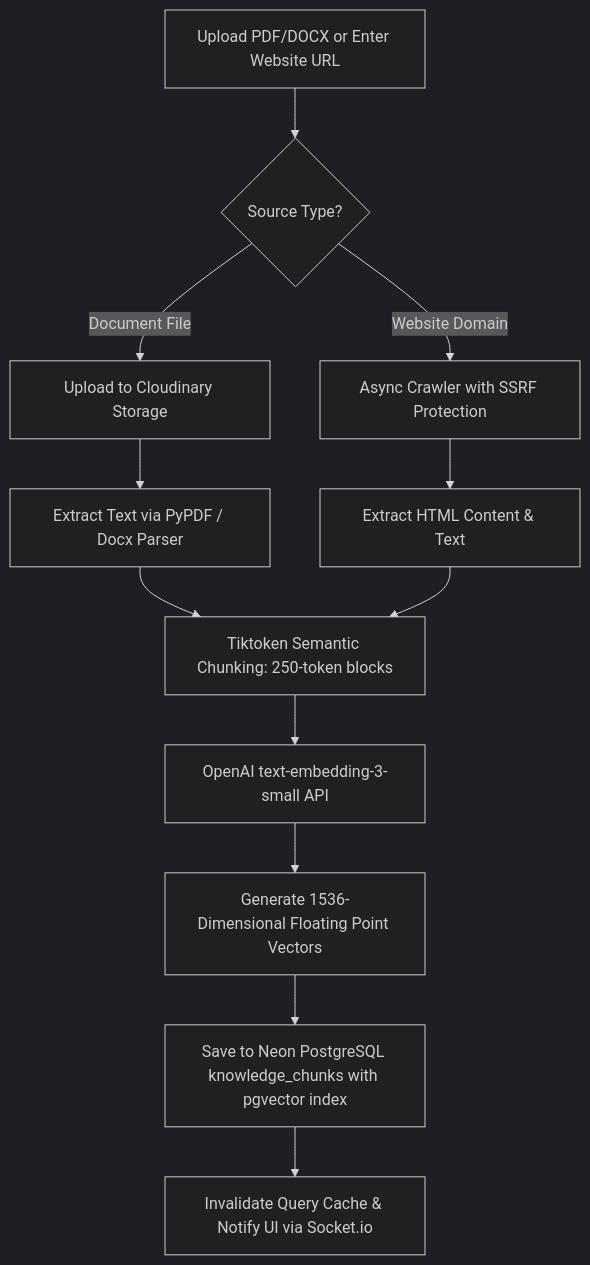
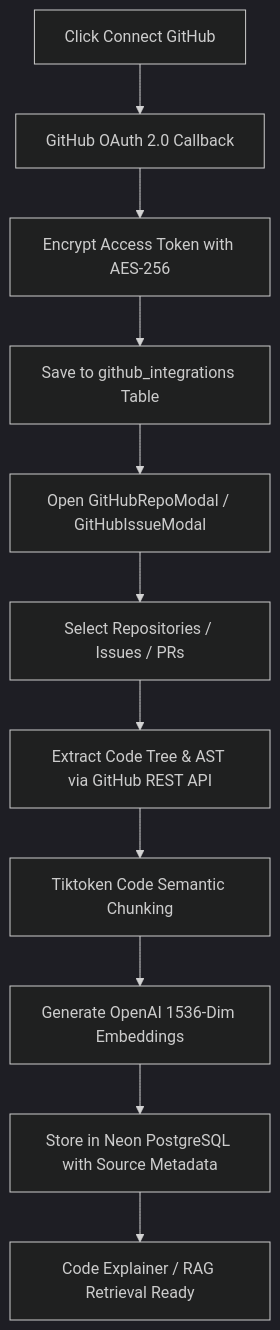
Before and after one commit to mohd-ashif/AI-Support-Platform: the second of 2 diagrams in PROJECT_STATUS.md, drawn with Mermaid (dark theme). The commit also changed other lines of this file and 17 other files, not shown here.

````diff
--- a/PROJECT_STATUS.md
+++ b/PROJECT_STATUS.md
@@ -140,14 +163,13 @@
 ```mermaid
 flowchart TD
-    A[Upload PDF/DOCX or Enter Website URL] --> B{Source Type?}
-    B -- Document File --> C[Upload to Cloudinary Storage]
-    C --> D[Extract Text via PyPDF / Docx Parser]
-    B -- Website Domain --> E[Async Crawler with SSRF Protection]
-    E --> F[Extract HTML Content & Text]
-    D --> G[Tiktoken Semantic Chunking: 250-token blocks]
-    F --> G
-    G --> H[OpenAI text-embedding-3-small API]
-    H --> I[Generate 1536-Dimensional Floating Point Vectors]
-    I --> J[Save to Neon PostgreSQL knowledge_chunks with pgvector index]
-    J --> K[Invalidate Query Cache & Notify UI via Socket.io]
+    A[Click Connect GitHub] --> B[GitHub OAuth 2.0 Callback]
+    B --> C[Encrypt Access Token with AES-256]
+    C --> D[Save to github_integrations Table]
+    D --> E[Open GitHubRepoModal / GitHubIssueModal]
+    E --> F[Select Repositories / Issues / PRs]
+    F --> G[Extract Code Tree & AST via GitHub REST API]
+    G --> H[Tiktoken Code Semantic Chunking]
+    H --> I[Generate OpenAI 1536-Dim Embeddings]
+    I --> J[Store in Neon PostgreSQL with Source Metadata]
+    J --> K[Code Explainer / RAG Retrieval Ready]
 ```
````
